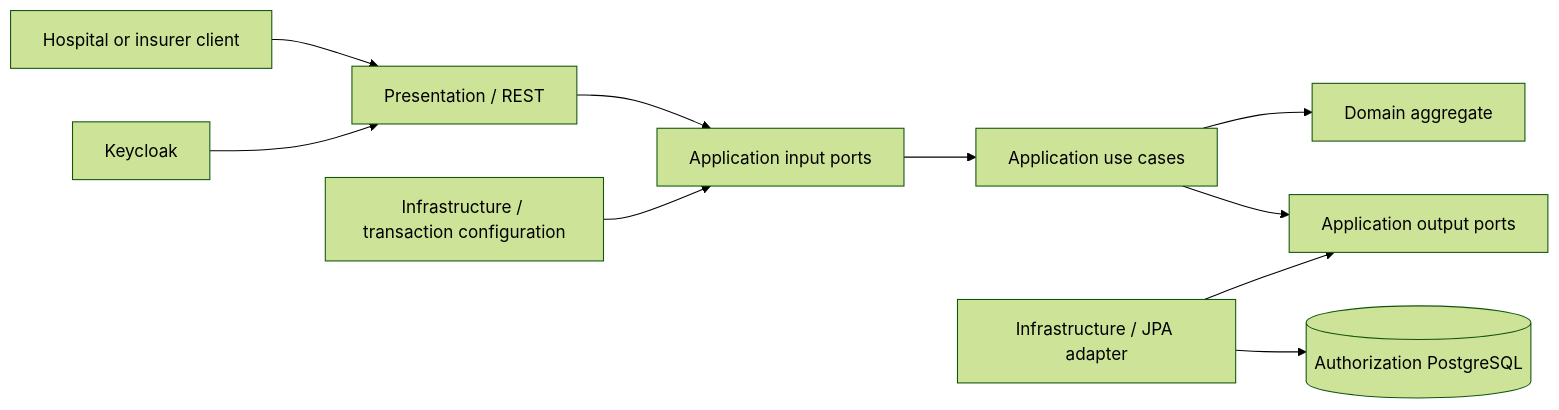
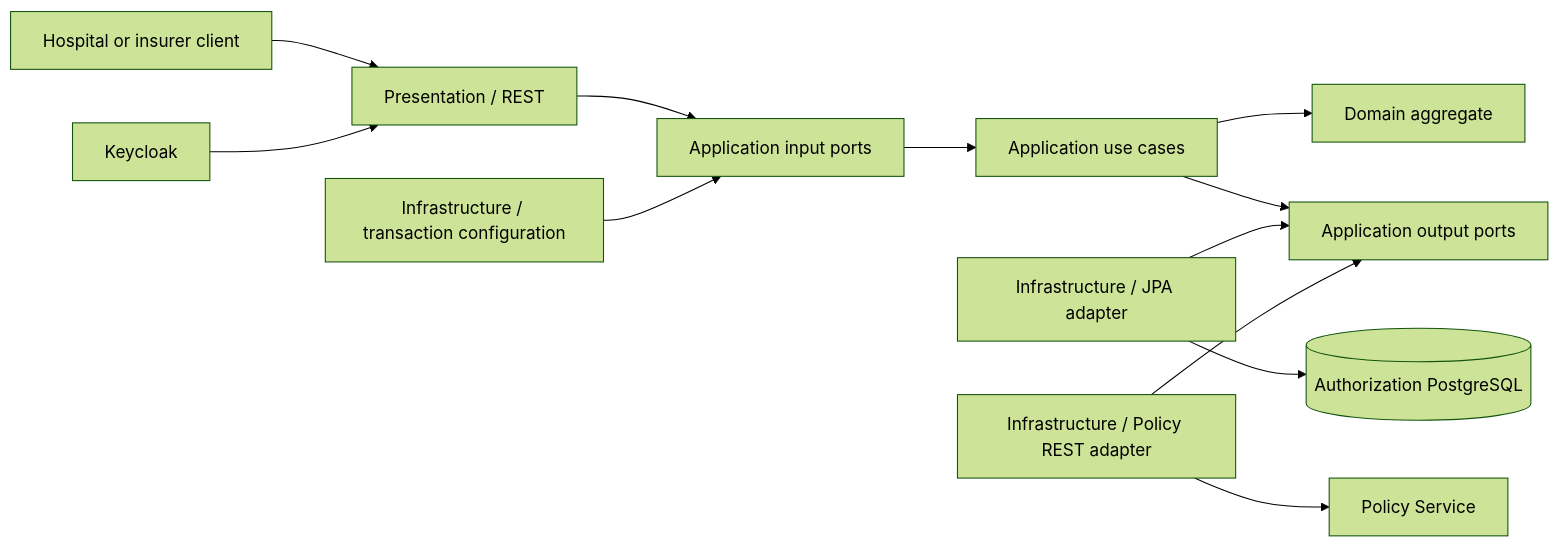
The first of 3 diagrams in docs/architecture/authorization-service.md (aydindemir1/health-insurance-platform), drawn with Mermaid (forest theme) before and after one commit. The commit also changed other lines of this file and 4 other files, not shown here.

Commit message:
docs: record policy service boundary

````diff
--- a/docs/architecture/authorization-service.md
+++ b/docs/architecture/authorization-service.md
@@ -5,12 +5,14 @@
 ```mermaid
 flowchart LR
     Client[Hospital or insurer client] --> Presentation[Presentation / REST]
     Presentation --> InputPorts[Application input ports]
     InputPorts --> UseCases[Application use cases]
     UseCases --> Domain[Domain aggregate]
     UseCases --> OutputPorts[Application output ports]
     Persistence[Infrastructure / JPA adapter] --> OutputPorts
+    PolicyAdapter[Infrastructure / Policy REST adapter] --> OutputPorts
     Persistence --> Database[(Authorization PostgreSQL)]
+    PolicyAdapter --> Policy[Policy Service]
     Configuration[Infrastructure / transaction configuration] --> InputPorts
     Keycloak[Keycloak] --> Presentation
 ```
````
